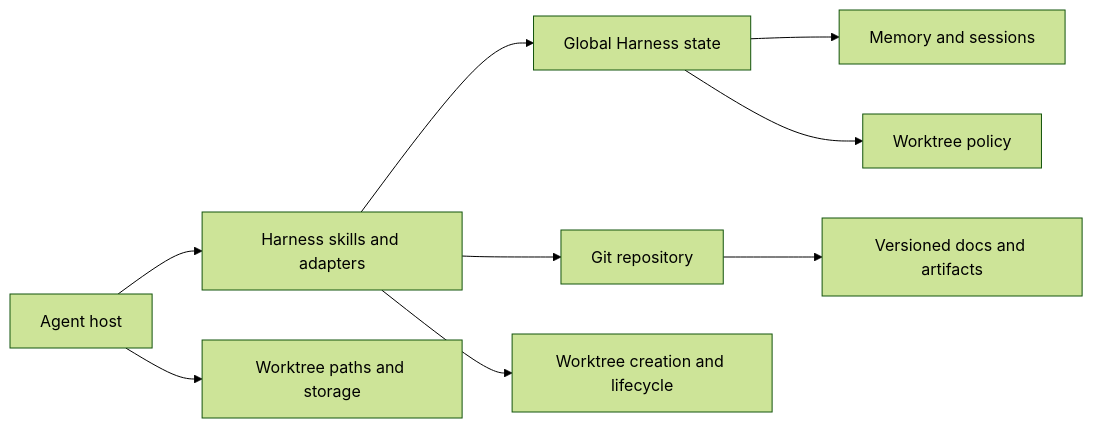
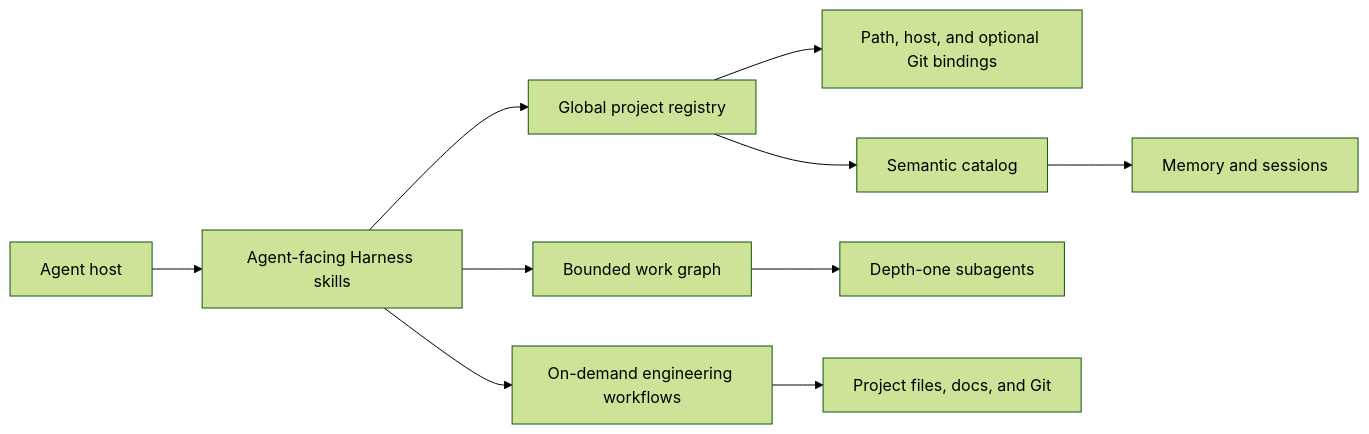
Before and after one commit to cekrauseee/harness: the diagram in docs/architecture.md, drawn with Mermaid (forest theme). The commit also changed other lines of this file and 36 other files, not shown here.

Commit message:
feat(orchestration): add bounded agent graphs

````diff
--- a/docs/architecture.md
+++ b/docs/architecture.md
@@ -5,11 +5,12 @@
 ```mermaid
 flowchart LR
-  Host["Agent host"] --> Skills["Harness skills and adapters"]
-  Skills --> State["Global Harness state"]
-  Skills --> Git["Git repository"]
-  State --> Memory["Memory and sessions"]
-  State --> Policy["Worktree policy"]
-  Host --> Storage["Worktree paths and storage"]
-  Skills --> Worktrees["Worktree creation and lifecycle"]
-  Git --> Docs["Versioned docs and artifacts"]
+  Host["Agent host"] --> Skills["Agent-facing Harness skills"]
+  Skills --> Registry["Global project registry"]
+  Registry --> Bindings["Path, host, and optional Git bindings"]
+  Registry --> Catalog["Semantic catalog"]
+  Catalog --> Records["Memory and sessions"]
+  Skills --> Graph["Bounded work graph"]
+  Graph --> Agents["Depth-one subagents"]
+  Skills --> Optional["On-demand engineering workflows"]
+  Optional --> Project["Project files, docs, and Git"]
 ```
````
